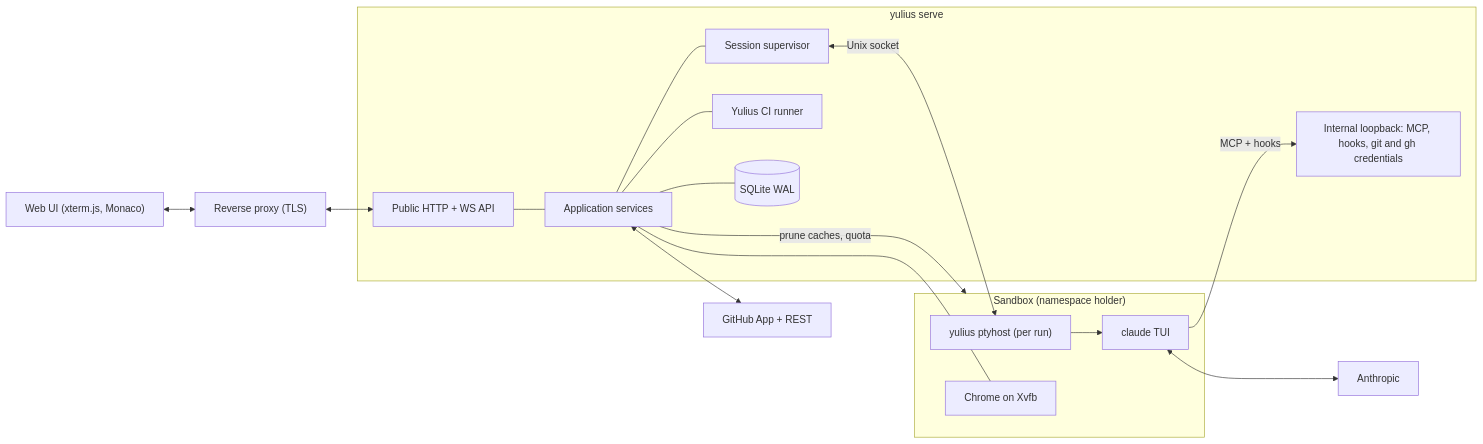
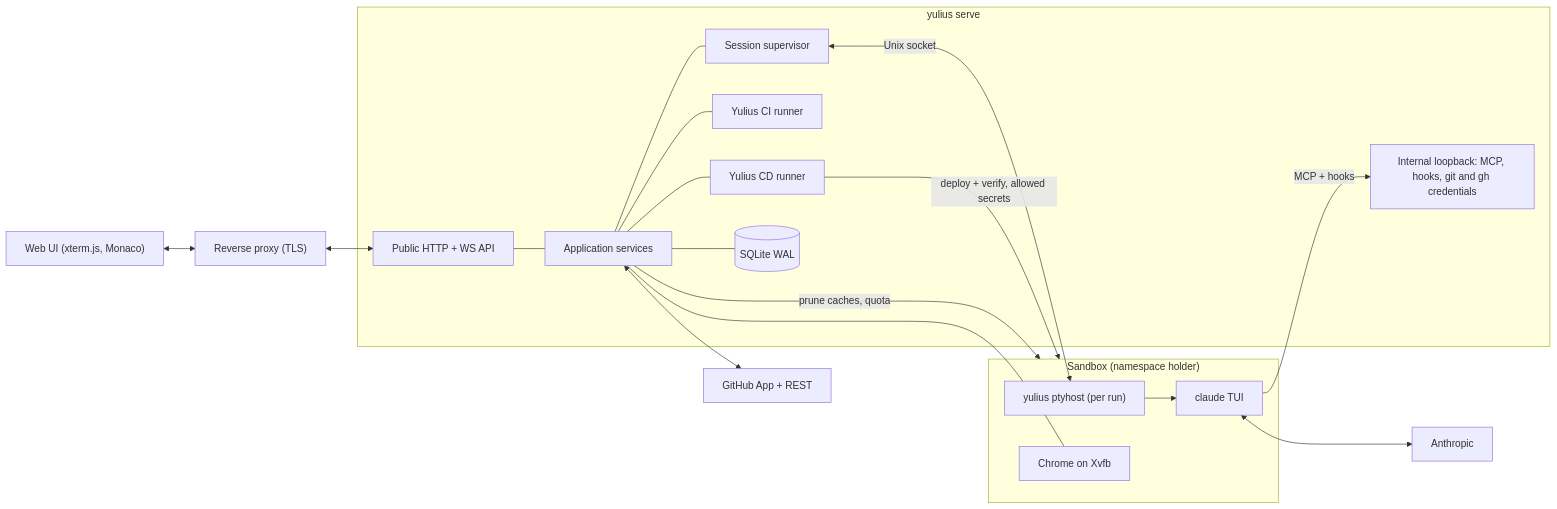
The first of 28 diagrams in docs/architecture.md (Quartio-Studio/yulius), drawn with Mermaid before and after one commit. The commit also changed other lines of this file and 94 other files, not shown here.

````diff
--- a/docs/architecture.md
+++ b/docs/architecture.md
@@ -9,25 +9,28 @@
 ```mermaid
 flowchart LR
   UI["Web UI (xterm.js, Monaco)"] <--> RP["Reverse proxy (TLS)"] <--> API
   subgraph Server["yulius serve"]
     API["Public HTTP + WS API"]
     INT["Internal loopback: MCP, hooks, git and gh credentials"]
     APP["Application services"]
     SUP["Session supervisor"]
     CI["Yulius CI runner"]
+    CD["Yulius CD runner"]
     DB[("SQLite WAL")]
   end
   API --- APP --- DB
   APP --- SUP
   APP --- CI
+  APP --- CD
+  CD -->|"deploy + verify, allowed secrets"| SB
   APP -->|"prune caches, quota"| SB
   SUP <-->|"Unix socket"| PH["yulius ptyhost (per run)"]
   subgraph SB["Sandbox (namespace holder)"]
     PH --> AG["claude TUI"]
     CH["Chrome on Xvfb"]
   end
   AG -->|"MCP + hooks"| INT
   APP <--> GH["GitHub App + REST"]
   AG <--> AN["Anthropic"]
   APP --- CH
 ```
````
